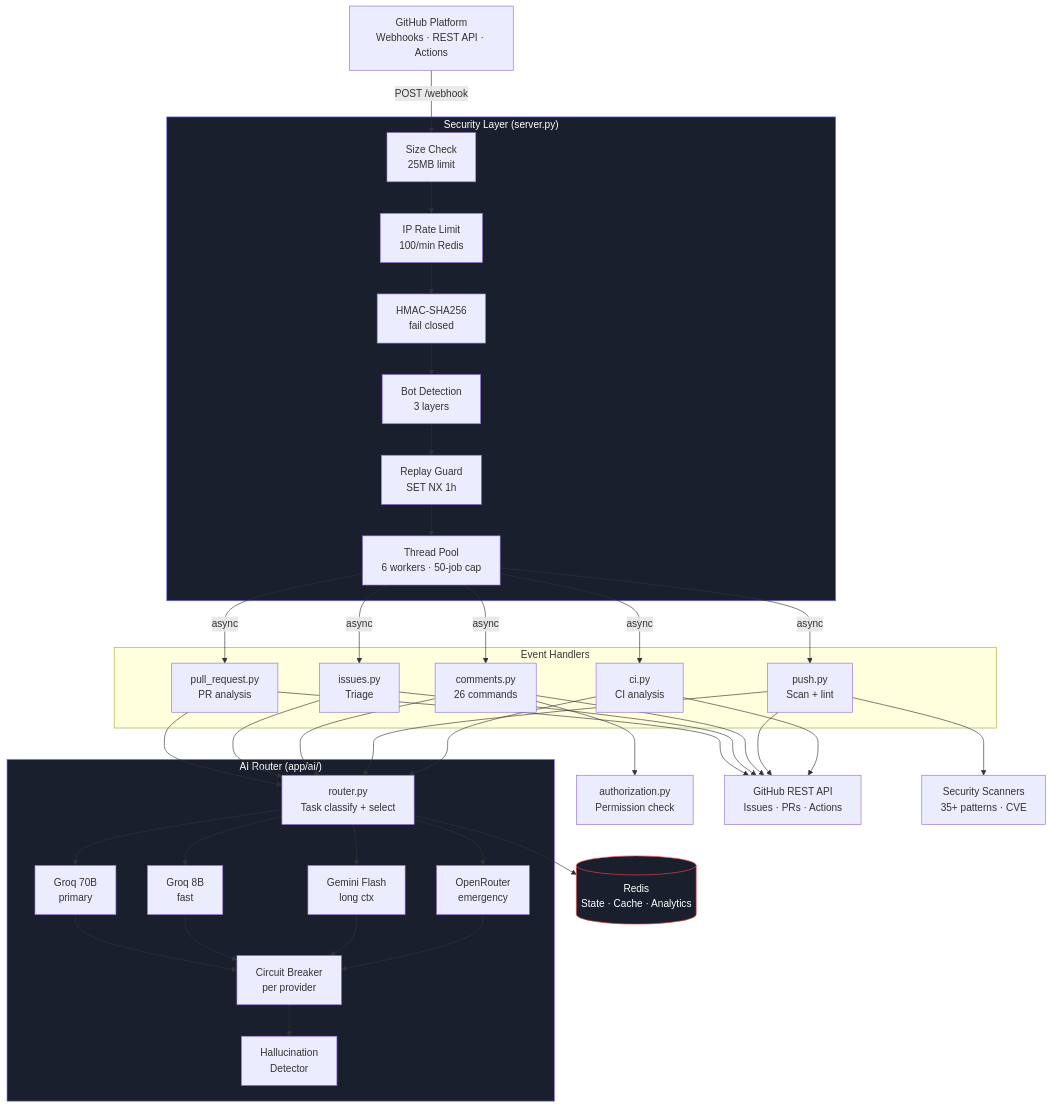
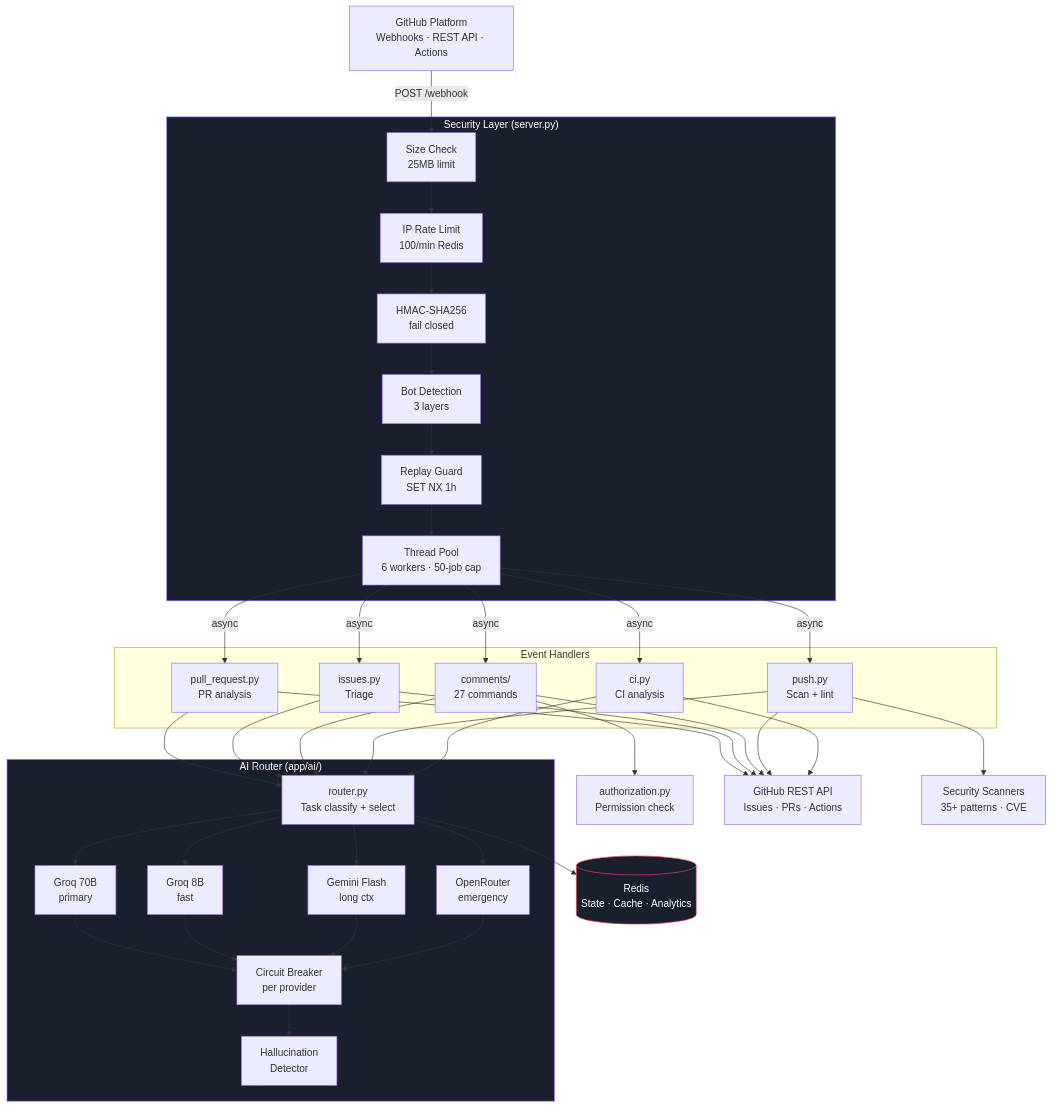
The first of 3 diagrams in docs/diagrams/diagrams.md (Shweta-Mishra-ai/github-autopilot), drawn with Mermaid before and after one commit. The commit also changed 34 other files, not shown here.

````diff
--- a/docs/diagrams/diagrams.md
+++ b/docs/diagrams/diagrams.md
@@ -491,52 +491,52 @@
 ```mermaid
 graph TB
     GH[GitHub Platform<br/>Webhooks · REST API · Actions]
 
     subgraph Security["Security Layer (server.py)"]
         S1[Size Check<br/>25MB limit]
         S2[IP Rate Limit<br/>100/min Redis]
         S3[HMAC-SHA256<br/>fail closed]
         S4[Bot Detection<br/>3 layers]
         S5[Replay Guard<br/>SET NX 1h]
         S6[Thread Pool<br/>6 workers · 50-job cap]
     end
 
     subgraph Handlers["Event Handlers"]
         PR[pull_request.py<br/>PR analysis]
         IS[issues.py<br/>Triage]
-        CO[comments.py<br/>26 commands]
+        CO[comments/<br/>27 commands]
         PU[push.py<br/>Scan + lint]
         CI[ci.py<br/>CI analysis]
     end
 
     AUTH[authorization.py<br/>Permission check]
 
     subgraph AILayer["AI Router (app/ai/)"]
         ROUTER[router.py<br/>Task classify + select]
         G70[Groq 70B<br/>primary]
         G8[Groq 8B<br/>fast]
         GEM[Gemini Flash<br/>long ctx]
         OR[OpenRouter<br/>emergency]
         CB[Circuit Breaker<br/>per provider]
         HAL[Hallucination<br/>Detector]
     end
 
     REDIS[(Redis<br/>State · Cache · Analytics)]
     GHAPI[GitHub REST API<br/>Issues · PRs · Actions]
     SEC[Security Scanners<br/>35+ patterns · CVE]
 
     GH -->|POST /webhook| S1
     S1 --> S2 --> S3 --> S4 --> S5 --> S6
     S6 -->|async| PR & IS & CO & PU & CI
     CO --> AUTH
     PR & IS & CO & PU & CI --> ROUTER
     ROUTER --> G70 & G8 & GEM & OR
     G70 & G8 & GEM & OR --> CB --> HAL
     ROUTER --> REDIS
     PR & IS & CO & PU & CI --> GHAPI
     PU --> SEC
 
     style Security fill:#1a1f2e,stroke:#6366f1,color:#fff
     style AILayer fill:#1a1f2e,stroke:#8b5cf6,color:#fff
     style REDIS fill:#1a1f2e,stroke:#ef4444,color:#fff
 ```
````
